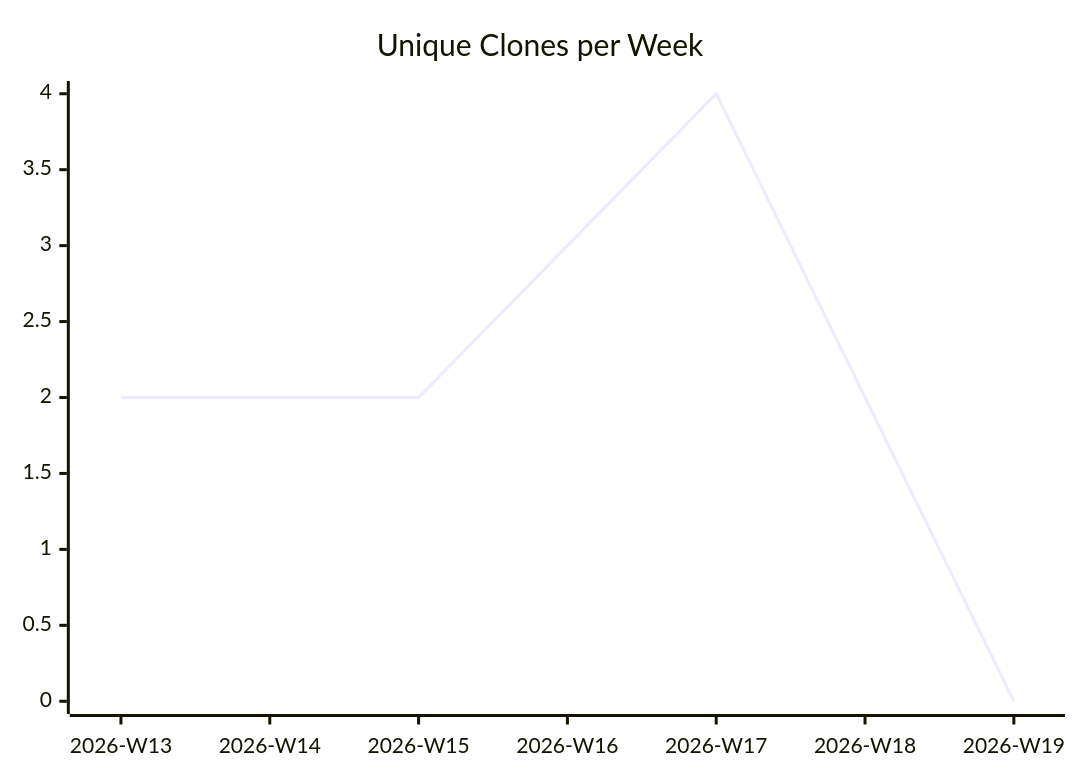
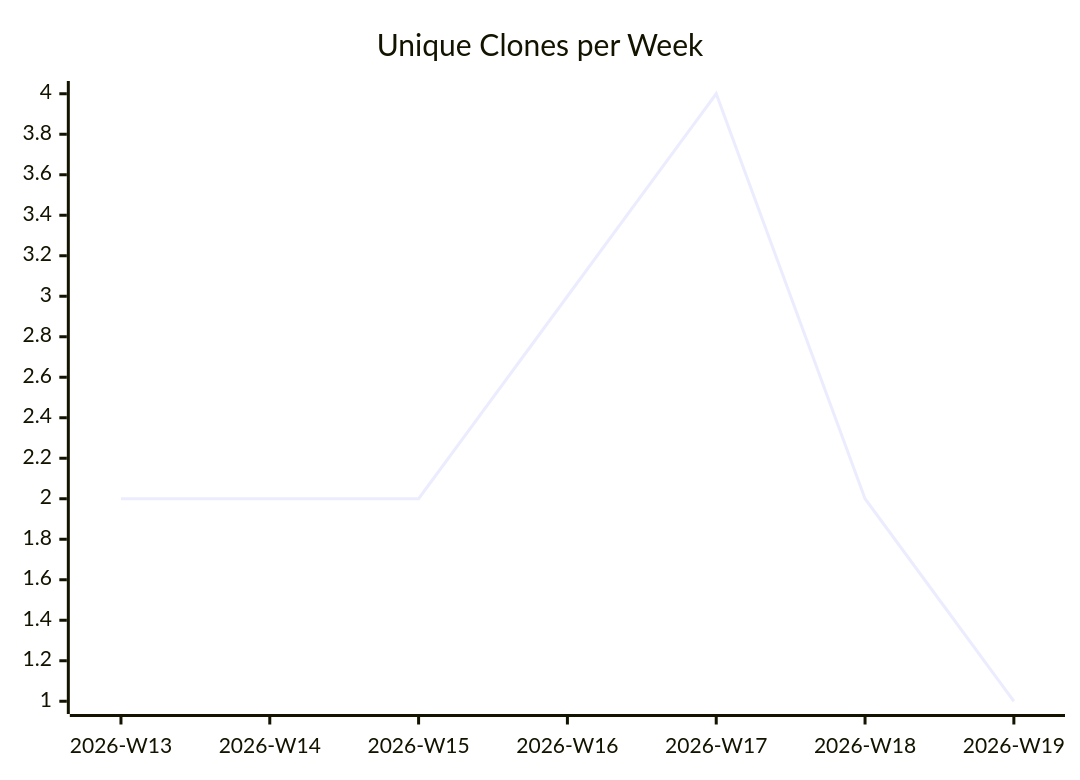
One commit to justdavis-family/github-analytics-data changed the third of 3 diagrams in karlmdavis/bbonfhir-dev-infra-docker/README.md. Above: the diagram before and after it, drawn with Mermaid. The commit also changed other lines of this file and 185 other files, not shown here.

````diff
--- a/karlmdavis/bbonfhir-dev-infra-docker/README.md
+++ b/karlmdavis/bbonfhir-dev-infra-docker/README.md
@@ -19,6 +19,6 @@
 ```mermaid
 xychart-beta
   title "Unique Clones per Week"
   x-axis ["2026-W13", "2026-W14", "2026-W15", "2026-W16", "2026-W17", "2026-W18", "2026-W19"]
-  line [2, 2, 2, 3, 4, 2, 0]
+  line [2, 2, 2, 3, 4, 2, 1]
 ```
````
